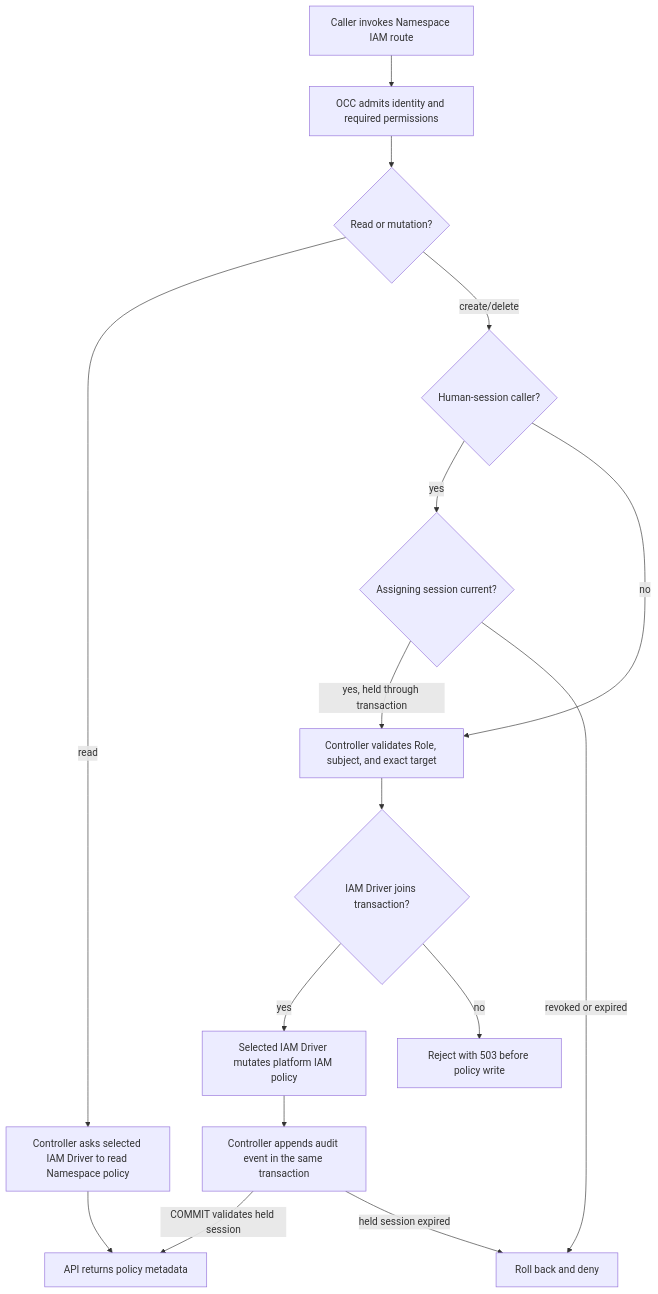
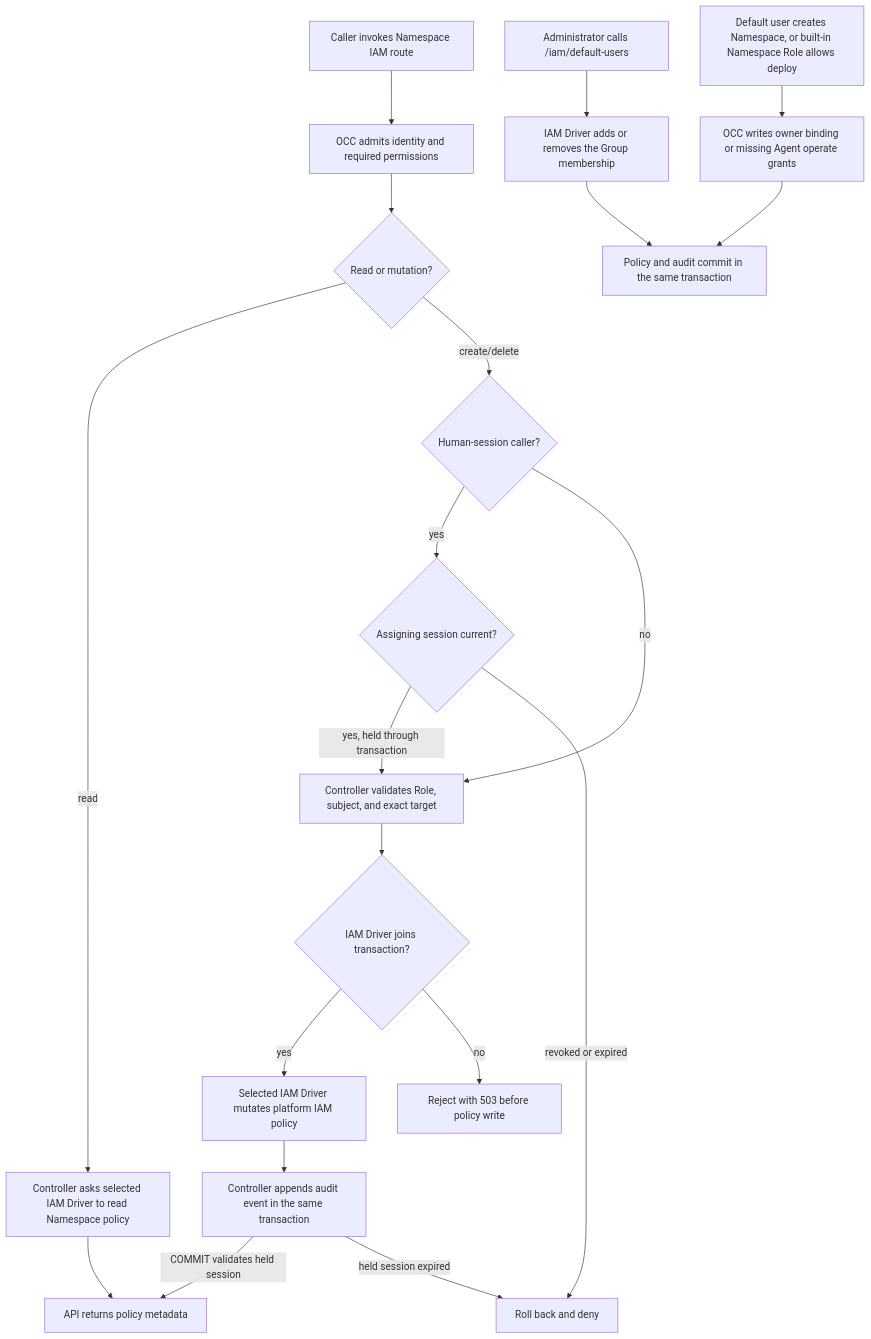
Before and after one commit to openclaw/openclaw-enterprise: the diagram in docs/flows/namespace-iam-policy.md, drawn with Mermaid. The commit also changed other lines of this file and 39 other files, not shown here.

First line of the commit message:
feat(iam): let Default users create and own Namespaces

````diff
--- a/docs/flows/namespace-iam-policy.md
+++ b/docs/flows/namespace-iam-policy.md
@@ -30,18 +35,22 @@
 ```mermaid
 graph TD
   A["Caller invokes Namespace IAM route"] --> B["OCC admits identity and required permissions"]
   B --> C{"Read or mutation?"}
   C -->|read| D["Controller asks selected IAM Driver to read Namespace policy"]
   C -->|create/delete| S{"Human-session caller?"}
   S -->|yes| L{"Assigning session current?"}
   L -->|yes, held through transaction| E["Controller validates Role, subject, and exact target"]
   L -->|revoked or expired| X["Roll back and deny"]
   S -->|no| E
   E --> T{"IAM Driver joins transaction?"}
   T -->|yes| F["Selected IAM Driver mutates platform IAM policy"]
   T -->|no| U["Reject with 503 before policy write"]
   F --> G["Controller appends audit event in the same transaction"]
   D --> H["API returns policy metadata"]
   G -->|COMMIT validates held session| H
   G -->|held session expired| X
+  M["Administrator calls /iam/default-users"] --> P["IAM Driver adds or removes the Group membership"]
+  N["Default user creates Namespace, or built-in Namespace Role allows deploy"] --> O["OCC writes owner binding or missing Agent operate grants"]
+  P --> Q["Policy and audit commit in the same transaction"]
+  O --> Q
 ```
````
